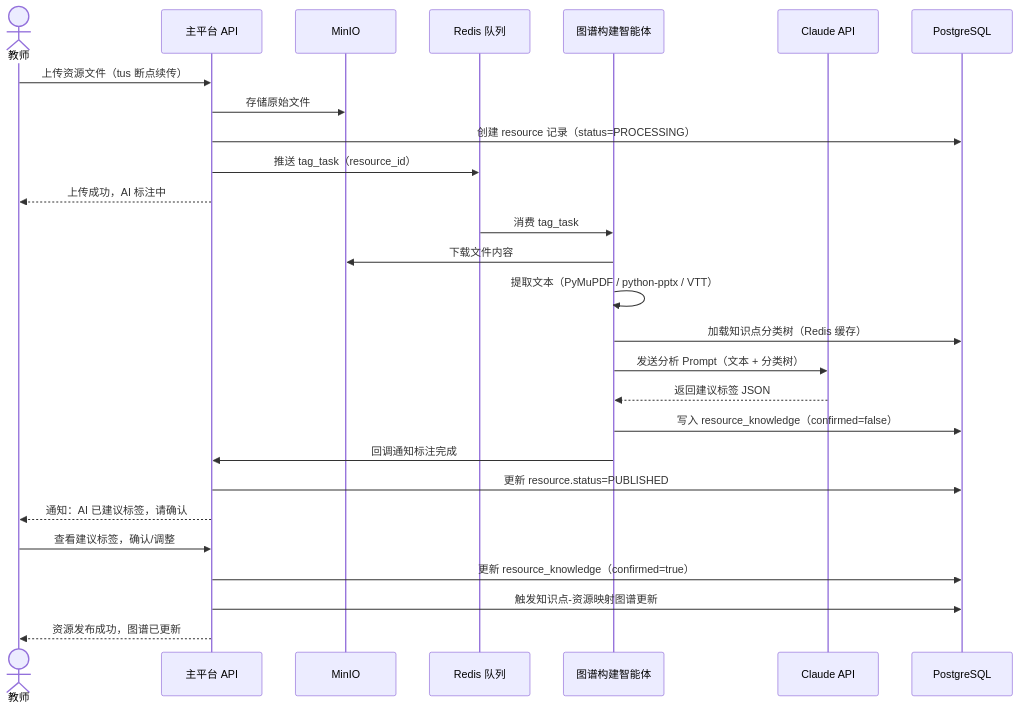
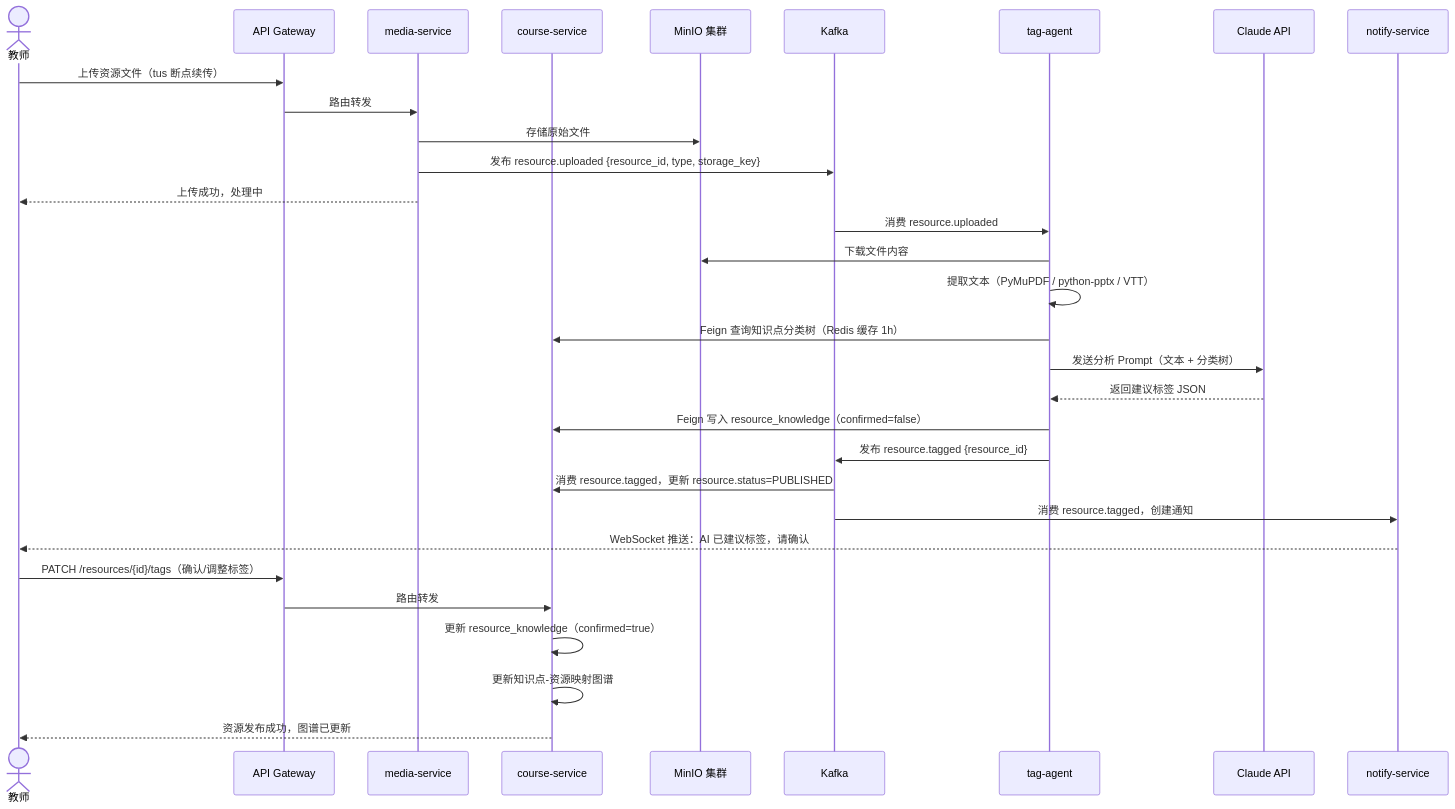
Before and after one commit to xice-1201/CloudTeachingAI: diagram 16 of 20 in docs/design/SDD-CloudTeachingAI.md, drawn with Mermaid. The commit also changed other lines of this file, not shown here.

````diff
--- a/docs/design/SDD-CloudTeachingAI.md
+++ b/docs/design/SDD-CloudTeachingAI.md
@@ -1083,33 +1404,37 @@
 ```mermaid
 sequenceDiagram
     actor Teacher as 教师
-    participant API as 主平台 API
-    participant MinIO as MinIO
-    participant Queue as Redis 队列
-    participant TagAgent as 图谱构建智能体
+    participant GW as API Gateway
+    participant Media as media-service
+    participant Course as course-service
+    participant MinIO as MinIO 集群
+    participant Kafka as Kafka
+    participant TagAgent as tag-agent
     participant Claude as Claude API
-    participant DB as PostgreSQL
+    participant Notify as notify-service
 
-    Teacher->>API: 上传资源文件（tus 断点续传）
-    API->>MinIO: 存储原始文件
-    API->>DB: 创建 resource 记录（status=PROCESSING）
-    API->>Queue: 推送 tag_task（resource_id）
-    API-->>Teacher: 上传成功，AI 标注中
+    Teacher->>GW: 上传资源文件（tus 断点续传）
+    GW->>Media: 路由转发
+    Media->>MinIO: 存储原始文件
+    Media->>Kafka: 发布 resource.uploaded {resource_id, type, storage_key}
+    Media-->>Teacher: 上传成功，处理中
 
-    Queue->>TagAgent: 消费 tag_task
+    Kafka->>TagAgent: 消费 resource.uploaded
     TagAgent->>MinIO: 下载文件内容
     TagAgent->>TagAgent: 提取文本（PyMuPDF / python-pptx / VTT）
-    TagAgent->>DB: 加载知识点分类树（Redis 缓存）
+    TagAgent->>Course: Feign 查询知识点分类树（Redis 缓存 1h）
     TagAgent->>Claude: 发送分析 Prompt（文本 + 分类树）
     Claude-->>TagAgent: 返回建议标签 JSON
-    TagAgent->>DB: 写入 resource_knowledge（confirmed=false）
-    TagAgent->>API: 回调通知标注完成
+    TagAgent->>Course: Feign 写入 resource_knowledge（confirmed=false）
+    TagAgent->>Kafka: 发布 resource.tagged {resource_id}
 
-    API->>DB: 更新 resource.status=PUBLISHED
-    API-->>Teacher: 通知：AI 已建议标签，请确认
+    Kafka->>Course: 消费 resource.tagged，更新 resource.status=PUBLISHED
+    Kafka->>Notify: 消费 resource.tagged，创建通知
+    Notify-->>Teacher: WebSocket 推送：AI 已建议标签，请确认
 
-    Teacher->>API: 查看建议标签，确认/调整
-    API->>DB: 更新 resource_knowledge（confirmed=true）
-    API->>DB: 触发知识点-资源映射图谱更新
-    API-->>Teacher: 资源发布成功，图谱已更新
+    Teacher->>GW: PATCH /resources/{id}/tags（确认/调整标签）
+    GW->>Course: 路由转发
+    Course->>Course: 更新 resource_knowledge（confirmed=true）
+    Course->>Course: 更新知识点-资源映射图谱
+    Course-->>Teacher: 资源发布成功，图谱已更新
 ```
````
